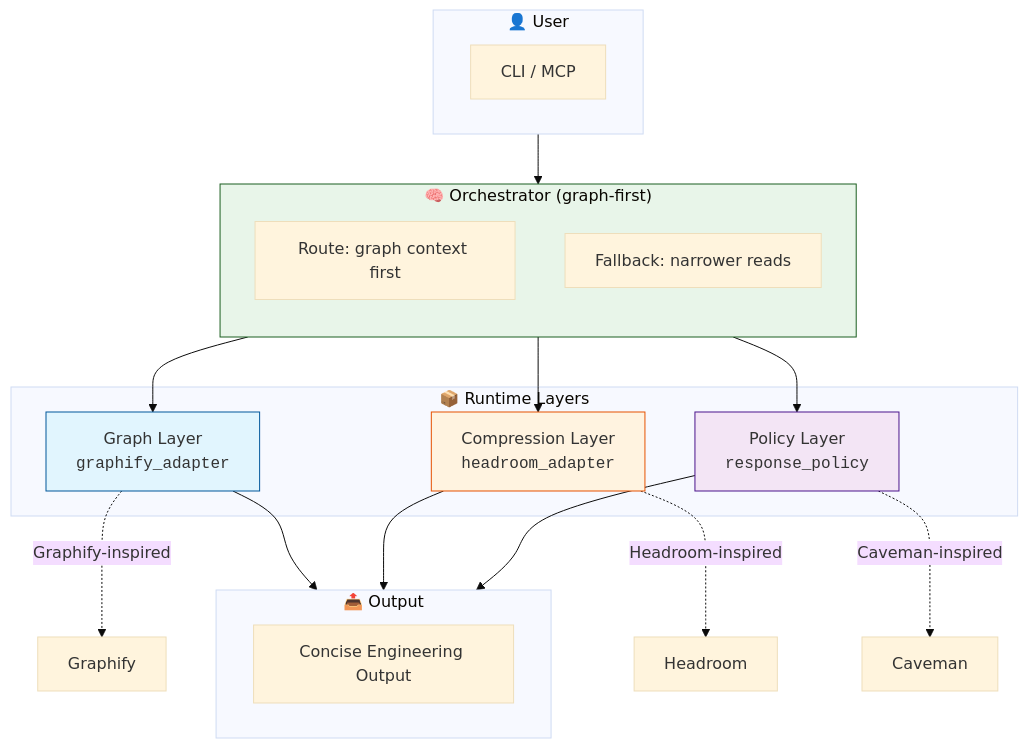
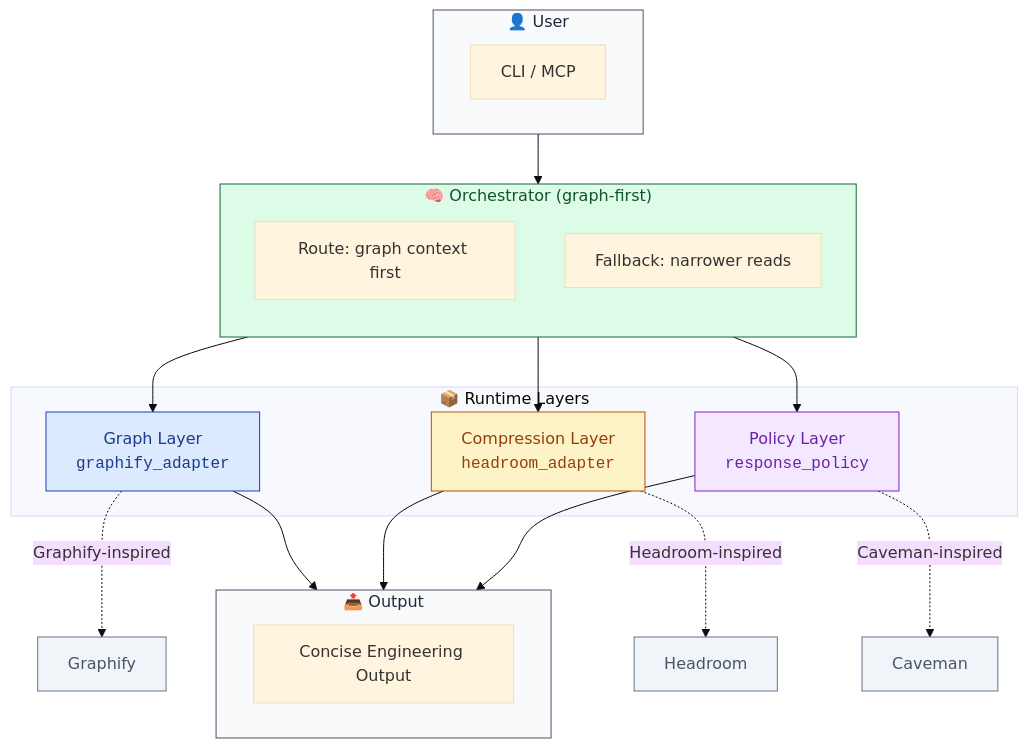
Before and after one commit to DelwarOfficial/Lithic-CLI: the diagram in README.md, drawn with Mermaid (base theme). The commit also changed 3 other files, not shown here.

````diff
--- a/README.md
+++ b/README.md
@@ -185,39 +185,44 @@
 ```mermaid
 graph TB
     subgraph User["👤 User"]
         CLI["CLI / MCP"]
     end
 
     subgraph Orchestrator["🧠 Orchestrator (graph-first)"]
         direction TB
         Router["Route: graph context first"]
         Fallback["Fallback: narrower reads"]
     end
 
     subgraph Layers["📦 Runtime Layers"]
         Graph["Graph Layer<br/><code>graphify_adapter</code>"]
         Compression["Compression Layer<br/><code>headroom_adapter</code>"]
         Policy["Policy Layer<br/><code>response_policy</code>"]
     end
 
     subgraph Output["📤 Output"]
         Response["Concise Engineering Output"]
     end
 
     User --> Orchestrator
     Orchestrator --> Graph
     Orchestrator --> Compression
     Orchestrator --> Policy
     Graph --> Output
     Compression --> Output
     Policy --> Output
 
     Graph -.->|"Graphify-inspired"| Graphify["Graphify"]
     Compression -.->|"Headroom-inspired"| Headroom["Headroom"]
     Policy -.->|"Caveman-inspired"| Caveman["Caveman"]
 
-    style Graph fill:#e1f5fe,stroke:#01579b
-    style Compression fill:#fff3e0,stroke:#e65100
-    style Policy fill:#f3e5f5,stroke:#4a148c
-    style Orchestrator fill:#e8f5e9,stroke:#1b5e20
+    style Graph fill:#dbeafe,stroke:#1e40af,color:#1e3a8a
+    style Compression fill:#fef3c7,stroke:#b45309,color:#92400e
+    style Policy fill:#f3e8ff,stroke:#7e22ce,color:#6b21a8
+    style Orchestrator fill:#dcfce7,stroke:#166534,color:#14532d
+    style User fill:#f8fafc,stroke:#475569,color:#1e293b
+    style Output fill:#f8fafc,stroke:#475569,color:#1e293b
+    style Graphify fill:#f1f5f9,stroke:#64748b,color:#475569
+    style Headroom fill:#f1f5f9,stroke:#64748b,color:#475569
+    style Caveman fill:#f1f5f9,stroke:#64748b,color:#475569
 ```
````
